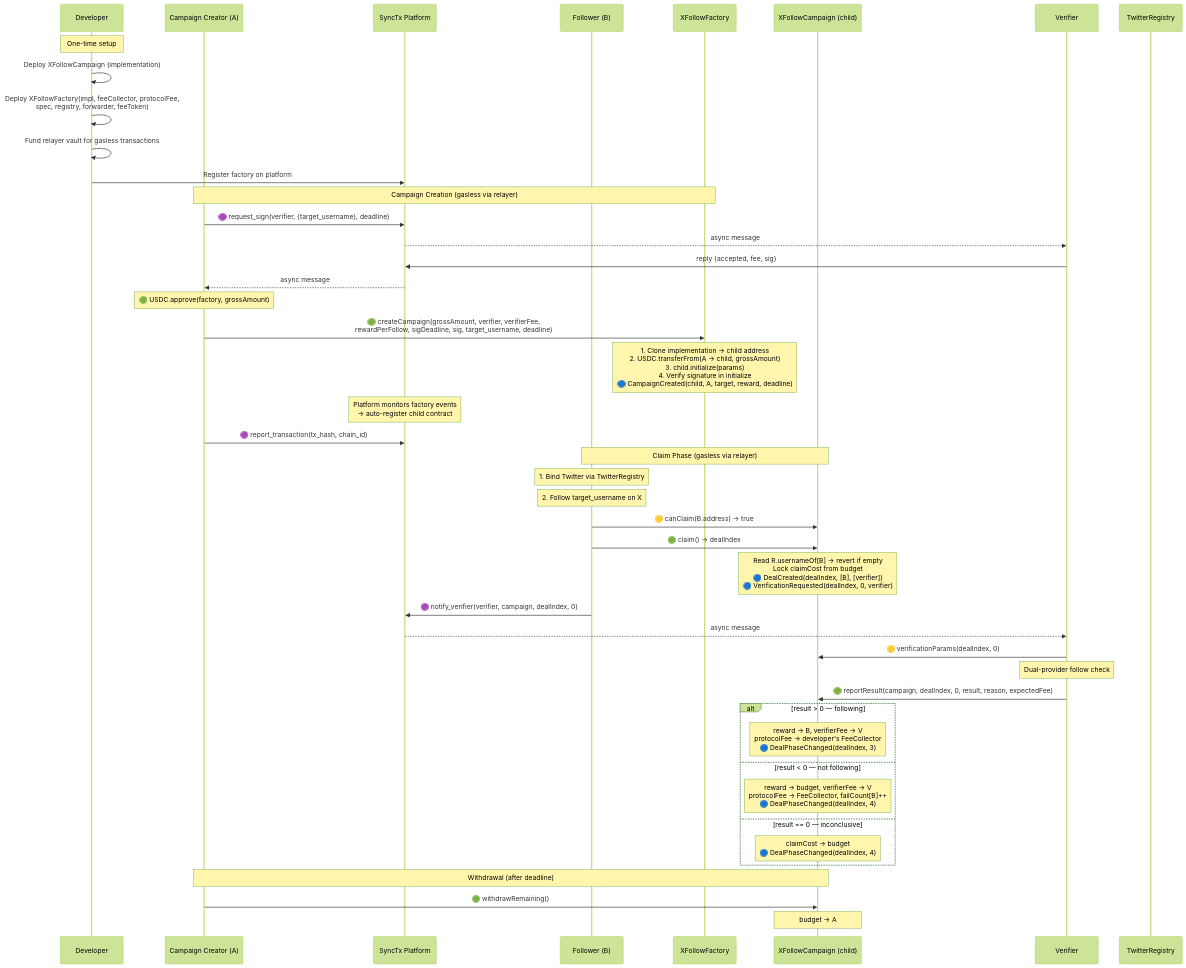
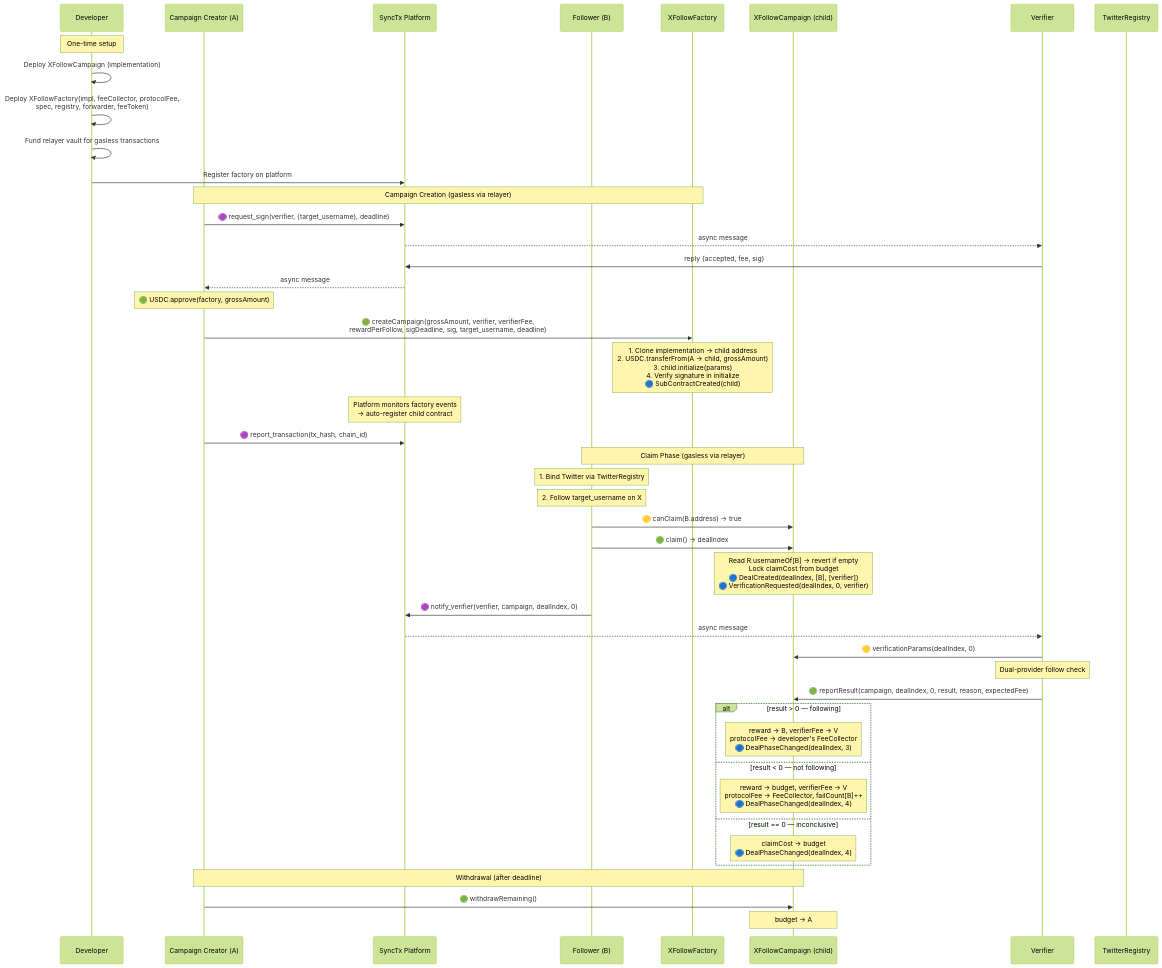
One commit to synctxai/synctx changed the first of 2 diagrams in examples/x-follow/x-follow-design.md. Above: the diagram before and after it, drawn with Mermaid (forest theme). The commit also changed other lines of this file and 2 other files, not shown here.

First line of the commit message:
feat(protocol): add SubContractCreated event to IDeal for factory pattern

````diff
--- a/examples/x-follow/x-follow-design.md
+++ b/examples/x-follow/x-follow-design.md
@@ -222,58 +217,58 @@
 ```mermaid
 sequenceDiagram
     participant Dev as Developer
     participant A as Campaign Creator (A)
     participant P as SyncTx Platform
     participant B as Follower (B)
     participant Fac as XFollowFactory
     participant C as XFollowCampaign (child)
     participant V as Verifier
     participant R as TwitterRegistry
 
     Note over Dev: One-time setup
     Dev->>Dev: Deploy XFollowCampaign (implementation)
     Dev->>Dev: Deploy XFollowFactory(impl, feeCollector, protocolFee,<br/>spec, registry, forwarder, feeToken)
     Dev->>Dev: Fund relayer vault for gasless transactions
     Dev->>P: Register factory on platform
 
     Note over A,Fac: Campaign Creation (gasless via relayer)
 
     A->>P: 🟣 request_sign(verifier, {target_username}, deadline)
     P-->>V: async message
     V->>P: reply {accepted, fee, sig}
     P-->>A: async message
 
     Note over A: 🟢 USDC.approve(factory, grossAmount)
     A->>Fac: 🟢 createCampaign(grossAmount, verifier, verifierFee,<br/>rewardPerFollow, sigDeadline, sig, target_username, deadline)
-    Note over Fac: 1. Clone implementation → child address<br/>2. USDC.transferFrom(A → child, grossAmount)<br/>3. child.initialize(params)<br/>4. Verify signature in initialize<br/>🔵 CampaignCreated(child, A, target, reward, deadline)
+    Note over Fac: 1. Clone implementation → child address<br/>2. USDC.transferFrom(A → child, grossAmount)<br/>3. child.initialize(params)<br/>4. Verify signature in initialize<br/>🔵 SubContractCreated(child)
     Note over P: Platform monitors factory events<br/>→ auto-register child contract
     A->>P: 🟣 report_transaction(tx_hash, chain_id)
 
     Note over B,C: Claim Phase (gasless via relayer)
 
     Note over B: 1. Bind Twitter via TwitterRegistry
     Note over B: 2. Follow target_username on X
     B->>C: 🟡 canClaim(B.address) → true
     B->>C: 🟢 claim() → dealIndex
     Note over C: Read R.usernameOf[B] → revert if empty<br/>Lock claimCost from budget<br/>🔵 DealCreated(dealIndex, [B], [verifier])<br/>🔵 VerificationRequested(dealIndex, 0, verifier)
     B->>P: 🟣 notify_verifier(verifier, campaign, dealIndex, 0)
     P-->>V: async message
 
     V->>C: 🟡 verificationParams(dealIndex, 0)
     Note over V: Dual-provider follow check
 
     V->>C: 🟢 reportResult(campaign, dealIndex, 0, result, reason, expectedFee)
 
     alt result > 0 — following
         Note over C: reward → B, verifierFee → V<br/>protocolFee → developer's FeeCollector<br/>🔵 DealPhaseChanged(dealIndex, 3)
     else result < 0 — not following
         Note over C: reward → budget, verifierFee → V<br/>protocolFee → FeeCollector, failCount[B]++<br/>🔵 DealPhaseChanged(dealIndex, 4)
     else result == 0 — inconclusive
         Note over C: claimCost → budget<br/>🔵 DealPhaseChanged(dealIndex, 4)
     end
 
     Note over A,C: Withdrawal (after deadline)
 
     A->>C: 🟢 withdrawRemaining()
     Note over C: budget → A
 ```
````
